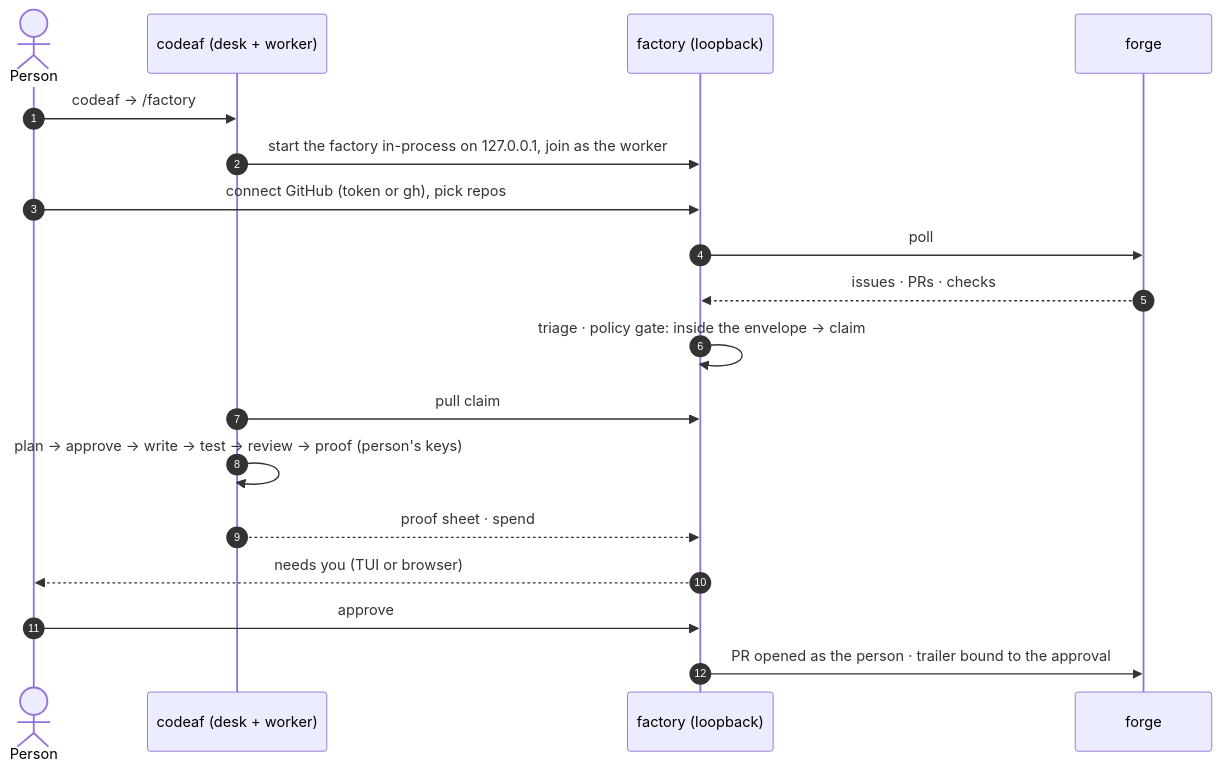
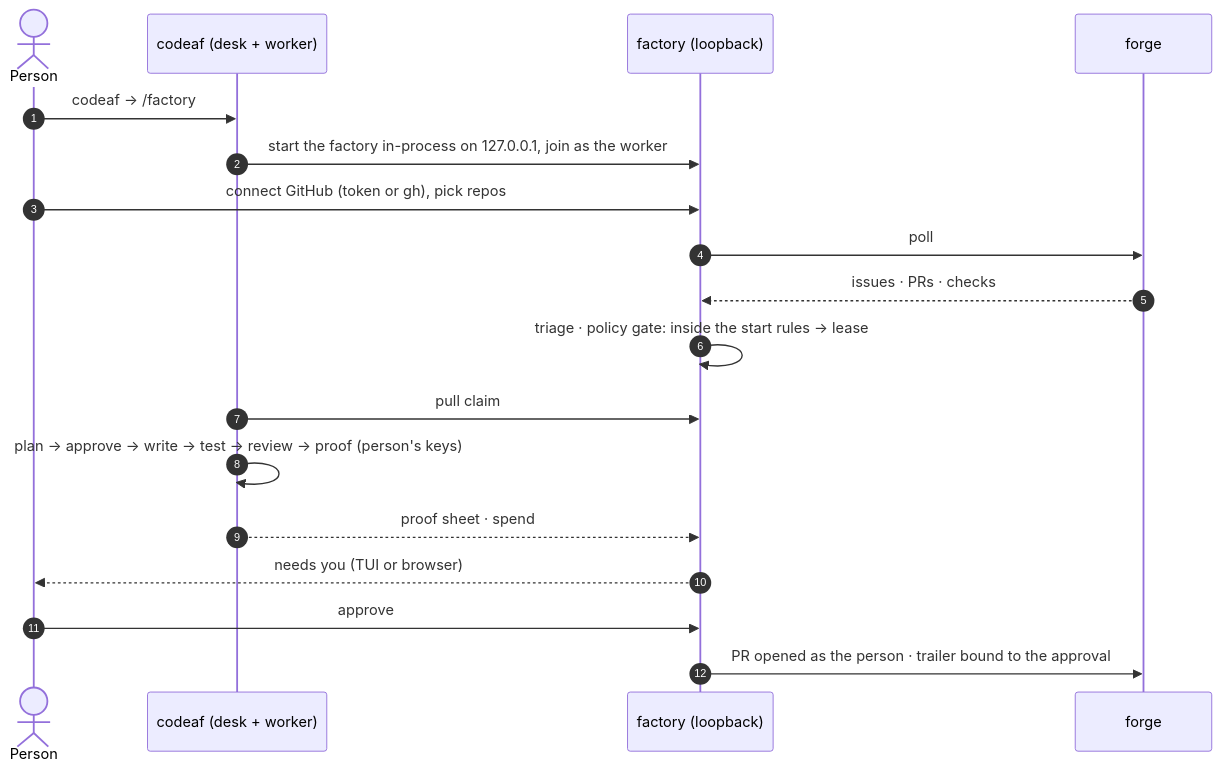
One commit to 0xMrMasry/CodeAF changed the third of 6 diagrams in docs/design/factory/PRODUCT.md. Above: the diagram before and after it, drawn with Mermaid. The commit also changed other lines of this file and 1 other file, not shown here.

````diff
--- a/docs/design/factory/PRODUCT.md
+++ b/docs/design/factory/PRODUCT.md
@@ -281,20 +291,20 @@
 ```mermaid
 sequenceDiagram
     autonumber
     actor P as Person
     participant C as codeaf (desk + worker)
     participant F as factory (loopback)
     participant G as forge
     P->>C: codeaf → /factory
     C->>F: start the factory in-process on 127.0.0.1, join as the worker
     P->>F: connect GitHub (token or gh), pick repos
     F->>G: poll
     G-->>F: issues · PRs · checks
-    F->>F: triage · policy gate: inside the envelope → claim
+    F->>F: triage · policy gate: inside the start rules → lease
     C->>F: pull claim
     C->>C: plan → approve → write → test → review → proof (person's keys)
     C-->>F: proof sheet · spend
     F-->>P: needs you (TUI or browser)
     P->>F: approve
     F->>G: PR opened as the person · trailer bound to the approval
 ```
````
